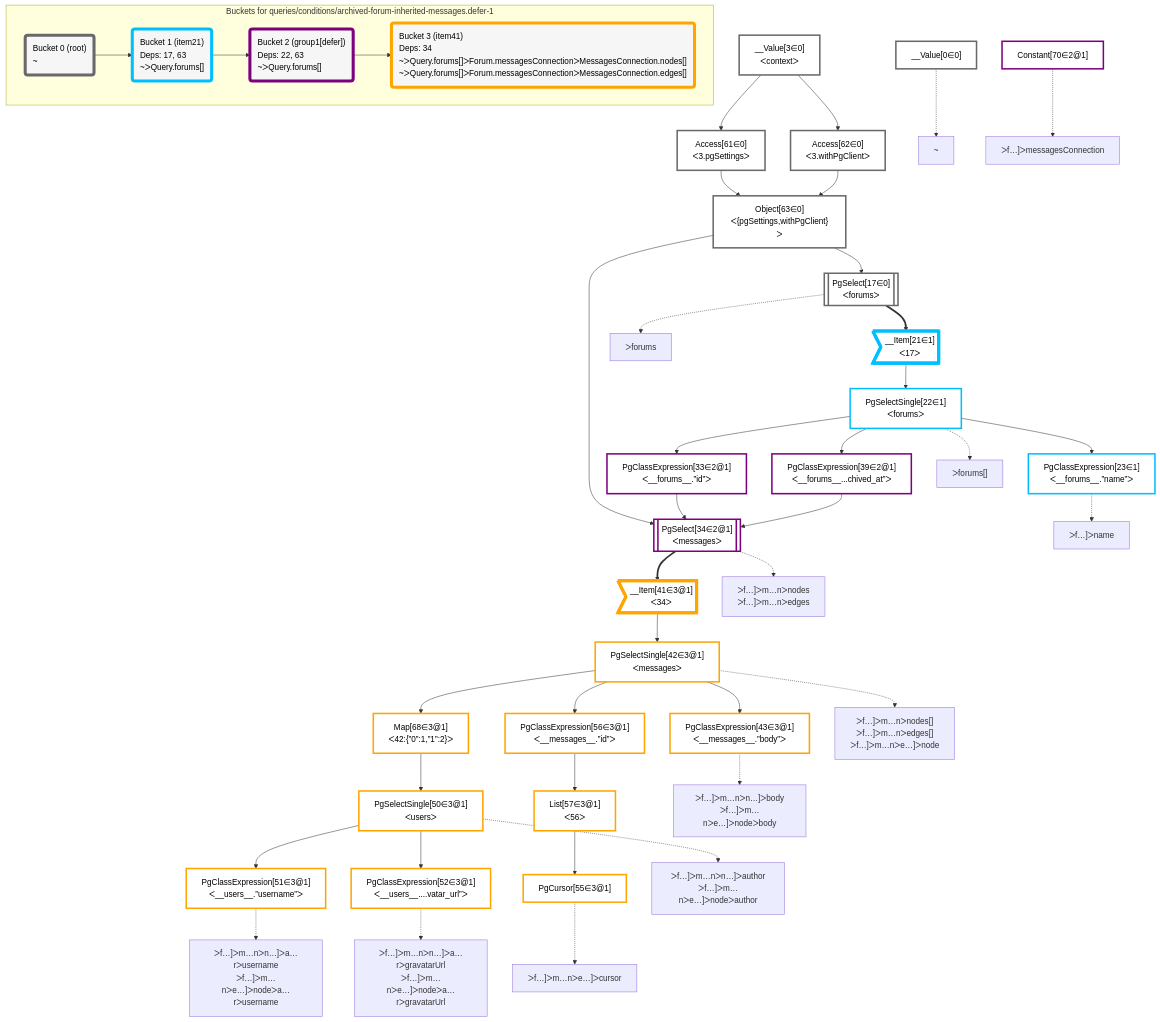
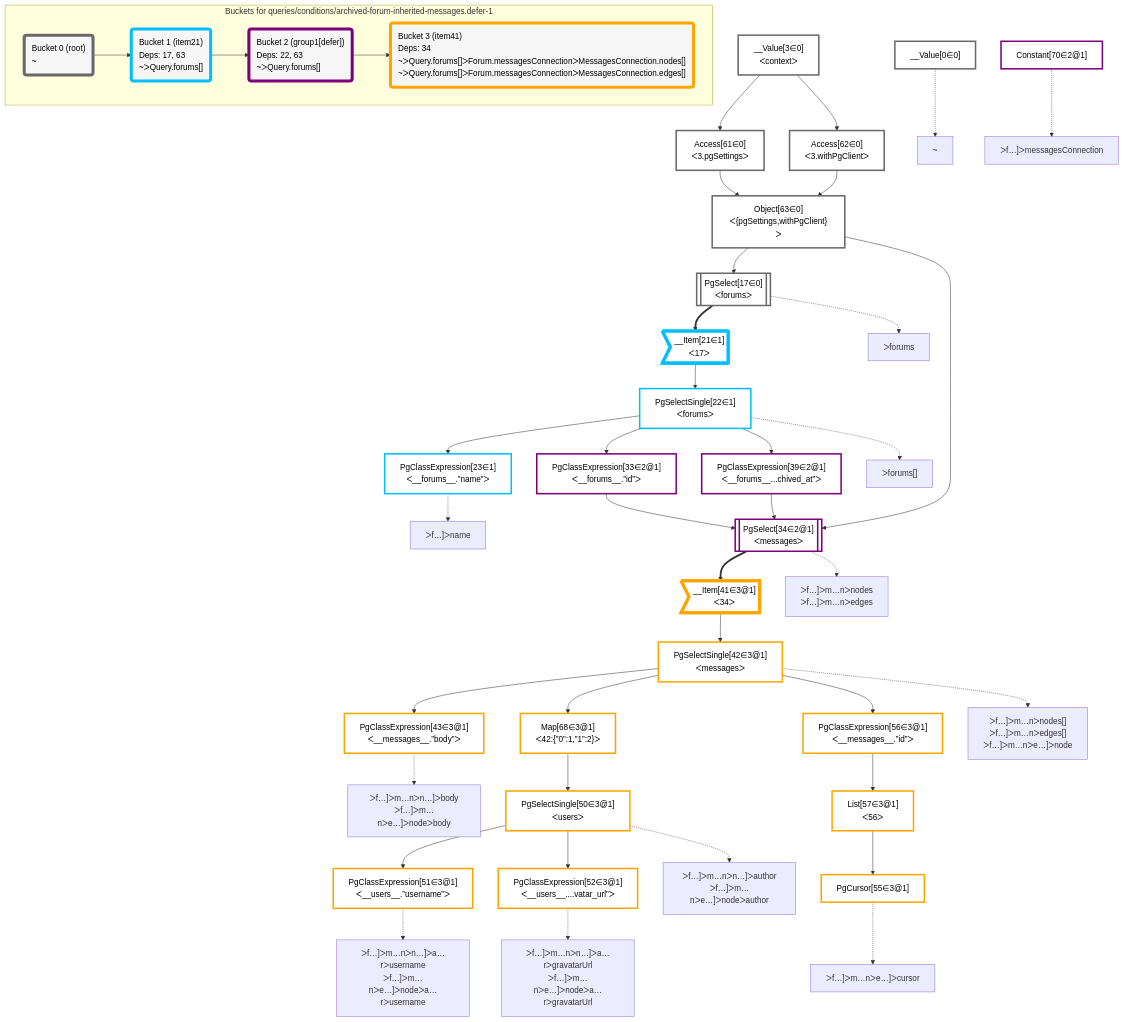
The diagram in packages/dataplan-pg/__tests__/queries/conditions/archived-forum-inherited-messages.defer-1.mermaid.md (graphile/crystal), drawn with Mermaid before and after one commit. The commit also changed other lines of this file and 195 other files, not shown here.

Commit message:
Reorder graphs

```diff
--- a/packages/dataplan-pg/__tests__/queries/conditions/archived-forum-inherited-messages.defer-1.mermaid.md
+++ b/packages/dataplan-pg/__tests__/queries/conditions/archived-forum-inherited-messages.defer-1.mermaid.md
@@ -9,50 +9,50 @@
 
     %% define plans
     __Value0["__Value[0∈0]"]:::plan
+    __Value3["__Value[3∈0]<br />ᐸcontextᐳ"]:::plan
+    Access61["Access[61∈0]<br />ᐸ3.pgSettingsᐳ"]:::plan
+    Access62["Access[62∈0]<br />ᐸ3.withPgClientᐳ"]:::plan
+    Object63["Object[63∈0]<br />ᐸ{pgSettings,withPgClient}ᐳ"]:::plan
+    PgSelect17[["PgSelect[17∈0]<br />ᐸforumsᐳ"]]:::plan
+    __Item21>"__Item[21∈1]<br />ᐸ17ᐳ"]:::itemplan
+    PgSelectSingle22["PgSelectSingle[22∈1]<br />ᐸforumsᐳ"]:::plan
     PgClassExpression23["PgClassExpression[23∈1]<br />ᐸ__forums__.”name”ᐳ"]:::plan
+    PgClassExpression33["PgClassExpression[33∈2@1]<br />ᐸ__forums__.”id”ᐳ"]:::plan
+    PgClassExpression39["PgClassExpression[39∈2@1]<br />ᐸ__forums__...chived_at”ᐳ"]:::plan
+    PgSelect34[["PgSelect[34∈2@1]<br />ᐸmessagesᐳ"]]:::plan
+    Constant70["Constant[70∈2@1]"]:::plan
+    __Item41>"__Item[41∈3@1]<br />ᐸ34ᐳ"]:::itemplan
+    PgSelectSingle42["PgSelectSingle[42∈3@1]<br />ᐸmessagesᐳ"]:::plan
     PgClassExpression43["PgClassExpression[43∈3@1]<br />ᐸ__messages__.”body”ᐳ"]:::plan
+    Map68["Map[68∈3@1]<br />ᐸ42:{”0”:1,”1”:2}ᐳ"]:::plan
+    PgSelectSingle50["PgSelectSingle[50∈3@1]<br />ᐸusersᐳ"]:::plan
     PgClassExpression51["PgClassExpression[51∈3@1]<br />ᐸ__users__.”username”ᐳ"]:::plan
     PgClassExpression52["PgClassExpression[52∈3@1]<br />ᐸ__users__....vatar_url”ᐳ"]:::plan
-    PgSelectSingle50["PgSelectSingle[50∈3@1]<br />ᐸusersᐳ"]:::plan
-    Map68["Map[68∈3@1]<br />ᐸ42:{”0”:1,”1”:2}ᐳ"]:::plan
+    PgClassExpression56["PgClassExpression[56∈3@1]<br />ᐸ__messages__.”id”ᐳ"]:::plan
+    List57["List[57∈3@1]<br />ᐸ56ᐳ"]:::plan
     PgCursor55["PgCursor[55∈3@1]"]:::plan
-    List57["List[57∈3@1]<br />ᐸ56ᐳ"]:::plan
-    PgClassExpression56["PgClassExpression[56∈3@1]<br />ᐸ__messages__.”id”ᐳ"]:::plan
-    PgSelectSingle42["PgSelectSingle[42∈3@1]<br />ᐸmessagesᐳ"]:::plan
-    __Item41>"__Item[41∈3@1]<br />ᐸ34ᐳ"]:::itemplan
-    PgSelect34[["PgSelect[34∈2@1]<br />ᐸmessagesᐳ"]]:::plan
-    PgClassExpression33["PgClassExpression[33∈2@1]<br />ᐸ__forums__.”id”ᐳ"]:::plan
-    PgClassExpression39["PgClassExpression[39∈2@1]<br />ᐸ__forums__...chived_at”ᐳ"]:::plan
-    PgSelectSingle22["PgSelectSingle[22∈1]<br />ᐸforumsᐳ"]:::plan
-    __Item21>"__Item[21∈1]<br />ᐸ17ᐳ"]:::itemplan
-    PgSelect17[["PgSelect[17∈0]<br />ᐸforumsᐳ"]]:::plan
-    Object63["Object[63∈0]<br />ᐸ{pgSettings,withPgClient}ᐳ"]:::plan
-    Access61["Access[61∈0]<br />ᐸ3.pgSettingsᐳ"]:::plan
-    Access62["Access[62∈0]<br />ᐸ3.withPgClientᐳ"]:::plan
-    __Value3["__Value[3∈0]<br />ᐸcontextᐳ"]:::plan
-    Constant70["Constant[70∈2@1]"]:::plan
 
     %% plan dependencies
+    __Value3 --> Access61
+    __Value3 --> Access62
+    Access61 & Access62 --> Object63
+    Object63 --> PgSelect17
+    PgSelect17 ==> __Item21
+    __Item21 --> PgSelectSingle22
     PgSelectSingle22 --> PgClassExpression23
+    PgSelectSingle22 --> PgClassExpression33
+    PgSelectSingle22 --> PgClassExpression39
+    Object63 & PgClassExpression33 & PgClassExpression39 --> PgSelect34
+    PgSelect34 ==> __Item41
+    __Item41 --> PgSelectSingle42
     PgSelectSingle42 --> PgClassExpression43
+    PgSelectSingle42 --> Map68
+    Map68 --> PgSelectSingle50
     PgSelectSingle50 --> PgClassExpression51
     PgSelectSingle50 --> PgClassExpression52
-    Map68 --> PgSelectSingle50
-    PgSelectSingle42 --> Map68
+    PgSelectSingle42 --> PgClassExpression56
+    PgClassExpression56 --> List57
     List57 --> PgCursor55
-    PgClassExpression56 --> List57
-    PgSelectSingle42 --> PgClassExpression56
-    __Item41 --> PgSelectSingle42
-    PgSelect34 ==> __Item41
-    Object63 & PgClassExpression33 & PgClassExpression39 --> PgSelect34
-    PgSelectSingle22 --> PgClassExpression33
-    PgSelectSingle22 --> PgClassExpression39
-    __Item21 --> PgSelectSingle22
-    PgSelect17 ==> __Item21
-    Object63 --> PgSelect17
-    Access61 & Access62 --> Object63
-    __Value3 --> Access61
-    __Value3 --> Access62
 
     %% plan-to-path relationships
     P0["~"]
```
